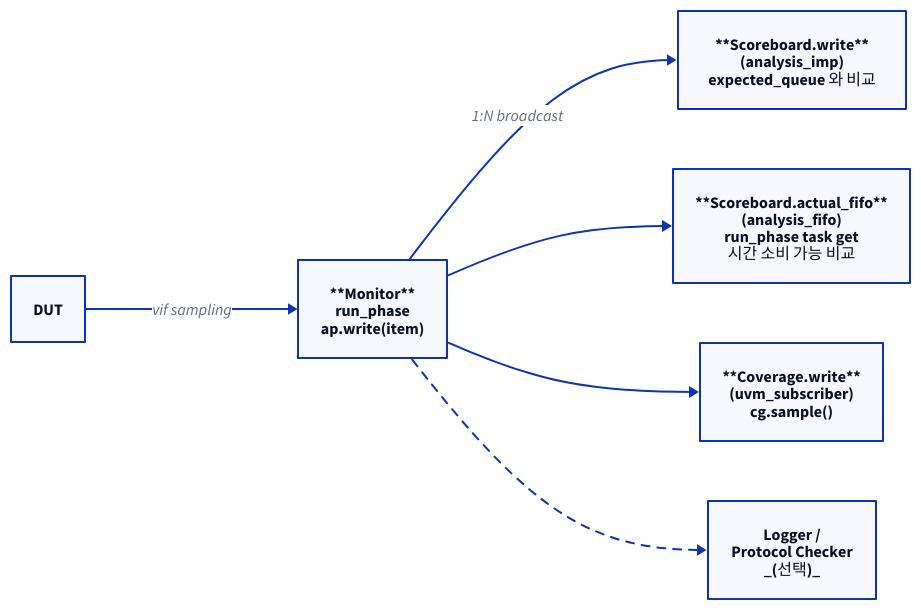
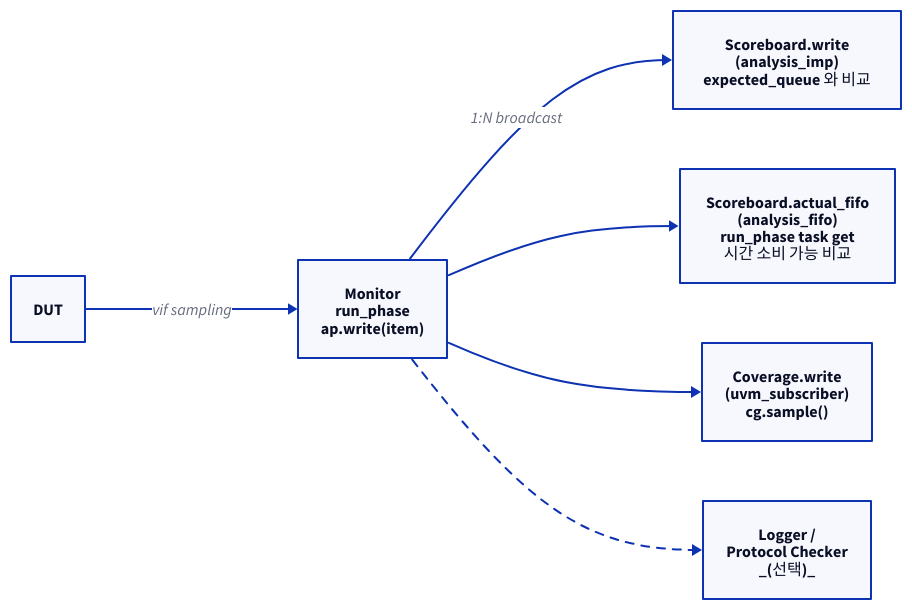
One commit to humbleowl39/DV_SKOOL changed the first of 3 diagrams in starlight_site/src/content/docs/uvm/05_tlm_scoreboard_coverage.md. Above: the diagram before and after it, drawn with D2. The commit also changed other lines of this file and 714 other files, not shown here.

First line of the commit message:
fix(site): d2 다이어그램 가독성 결함 6종 일괄 수정

````diff
--- a/starlight_site/src/content/docs/uvm/05_tlm_scoreboard_coverage.md
+++ b/starlight_site/src/content/docs/uvm/05_tlm_scoreboard_coverage.md
@@ -56,15 +56,15 @@
 ```d2
 direction: right
 
 DUT: "DUT"
-MON: "**Monitor**\nrun_phase\nap.write(item)"
-SB1: "**Scoreboard.write**\n(analysis_imp)\nexpected_queue 와 비교"
-SB2: "**Scoreboard.actual_fifo**\n(analysis_fifo)\nrun_phase task get\n시간 소비 가능 비교"
-COV: "**Coverage.write**\n(uvm_subscriber)\ncg.sample()"
+MON: "Monitor\nrun_phase\nap.write(item)"
+SB1: "Scoreboard.write\n(analysis_imp)\nexpected_queue 와 비교"
+SB2: "Scoreboard.actual_fifo\n(analysis_fifo)\nrun_phase task get\n시간 소비 가능 비교"
+COV: "Coverage.write\n(uvm_subscriber)\ncg.sample()"
 LOG: "Logger /\nProtocol Checker\n_(선택)_"
 DUT -> MON: "vif sampling"
 MON -> SB1: "1:N broadcast"
 MON -> SB2
 MON -> COV
 MON -> LOG { style.stroke-dash: 4 }
 ```
````
